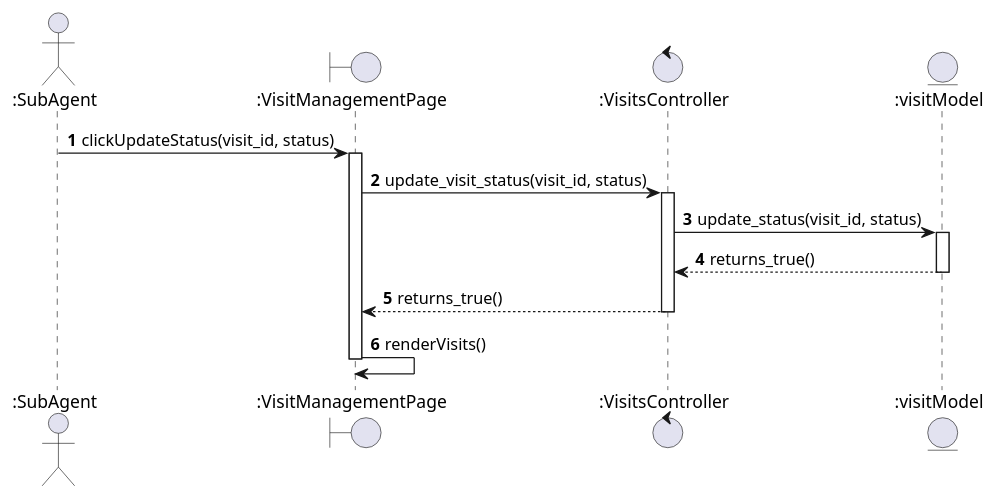
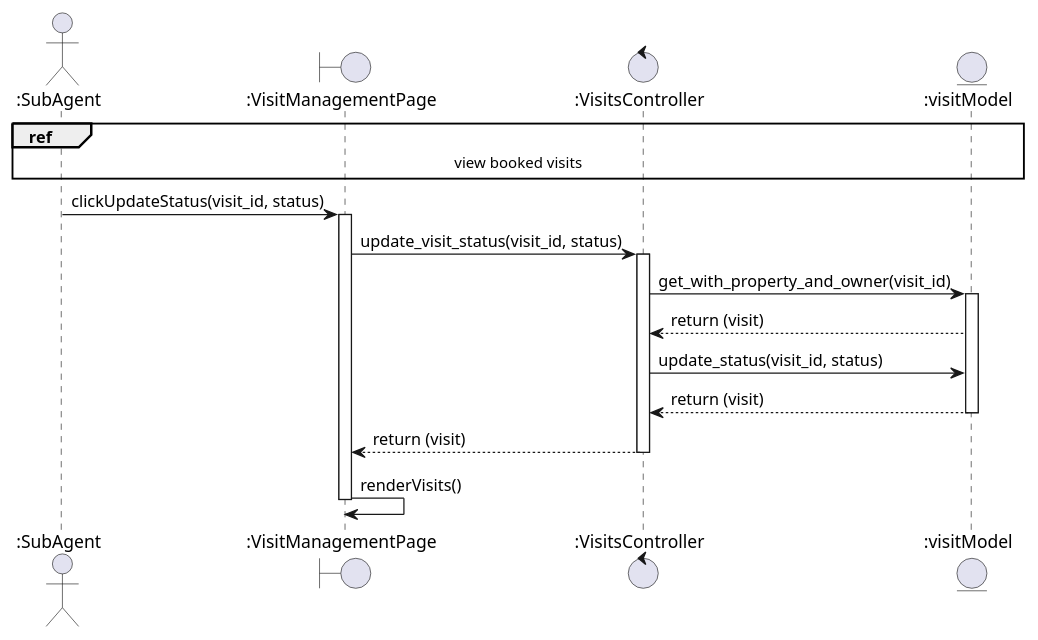
The diagram in docs/sequence_diagram_update_visit_status.puml (israhadjhassine/Graduation-Project-real-estate-automation), drawn with PlantUML before and after one commit. The commit also changed 100 other files, not shown here.

```diff
--- a/docs/sequence_diagram_update_visit_status.puml
+++ b/docs/sequence_diagram_update_visit_status.puml
@@ -1,25 +1,31 @@
 @startuml
-autonumber
 
 actor ":SubAgent" as SubAgent
 boundary ":VisitManagementPage" as VisitManagementPage
 control ":VisitsController" as VisitsController
 entity ":visitModel" as visitModel
+
+ref over SubAgent, VisitManagementPage, VisitsController, visitModel: view booked visits 
 
 SubAgent -> VisitManagementPage : clickUpdateStatus(visit_id, status)
 activate VisitManagementPage
 
 VisitManagementPage -> VisitsController : update_visit_status(visit_id, status)
 activate VisitsController
 
+VisitsController -> visitModel : get_with_property_and_owner(visit_id)
+activate visitModel
+visitModel --> VisitsController : return (visit)
+
+
 VisitsController -> visitModel : update_status(visit_id, status)
-activate visitModel
-visitModel --> VisitsController : returns_true()
+visitModel --> VisitsController : return (visit)
 deactivate visitModel
 
-VisitsController --> VisitManagementPage : returns_true()
+VisitsController --> VisitManagementPage : return (visit)
 deactivate VisitsController
 
 VisitManagementPage -> VisitManagementPage : renderVisits()
 deactivate VisitManagementPage
+
 @enduml
```
